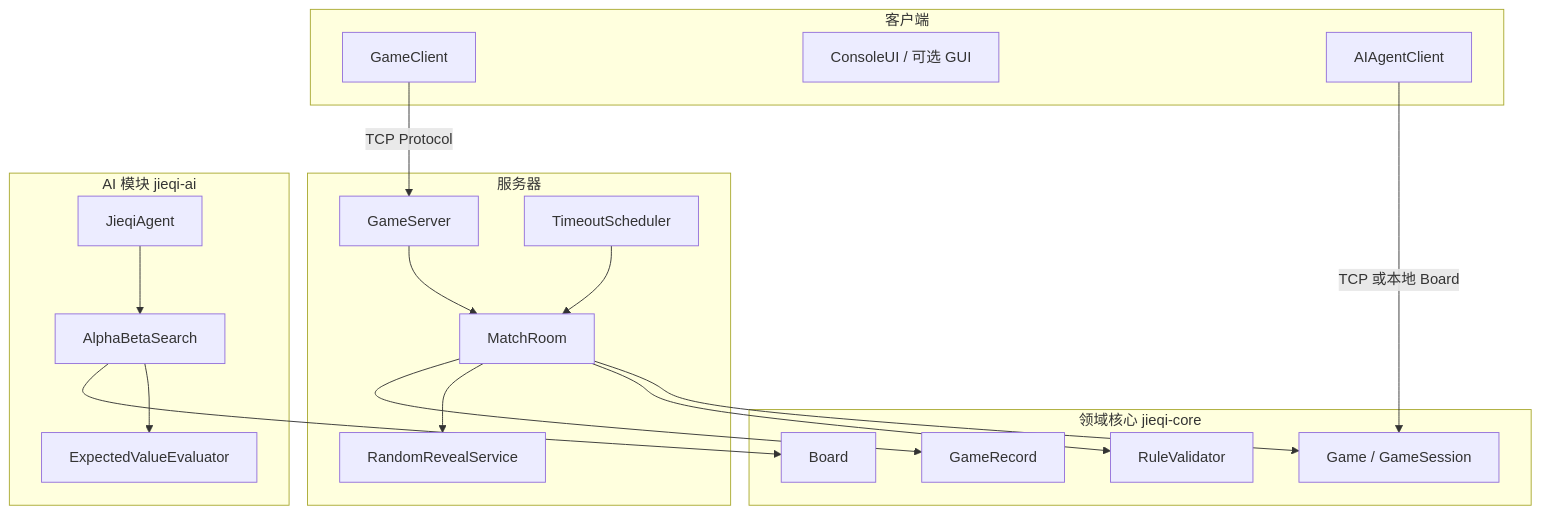
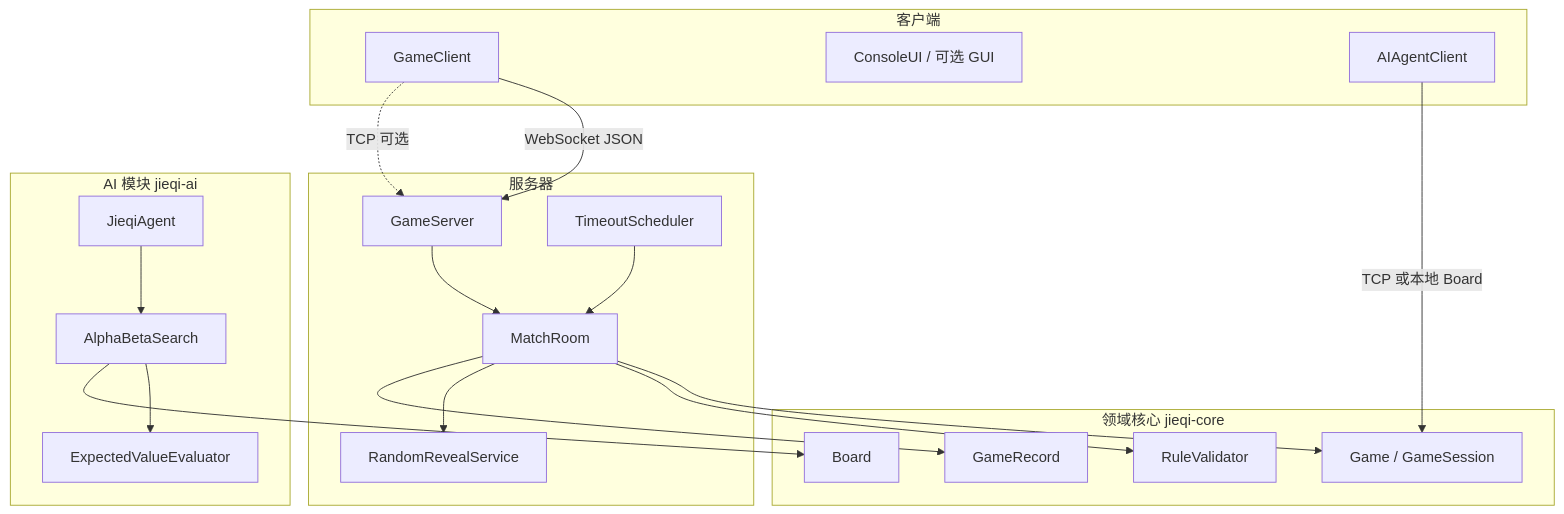
Before and after one commit to zhiduoming/Unveil: the diagram in docs/ARCHITECTURE.md, drawn with Mermaid. The commit also changed other lines of this file and 43 other files, not shown here.

Commit message:
docs: 对齐老师公共接口，WS+JSON 正文 v3.1，TCP 迁附录 B

````diff
--- a/docs/ARCHITECTURE.md
+++ b/docs/ARCHITECTURE.md
@@ -18,38 +18,39 @@
 ```mermaid
 flowchart TB
     subgraph clients [客户端]
         C1[GameClient]
         UI[ConsoleUI / 可选 GUI]
         AIc[AIAgentClient]
     end
 
     subgraph server [服务器]
         GS[GameServer]
         MR[MatchRoom]
         TS[TimeoutScheduler]
         RR[RandomRevealService]
     end
 
     subgraph core [领域核心 jieqi-core]
         G[Game / GameSession]
         B[Board]
         RV[RuleValidator]
         GR[GameRecord]
     end
 
     subgraph ai [AI 模块 jieqi-ai]
         AG[JieqiAgent]
         AB[AlphaBetaSearch]
         EV[ExpectedValueEvaluator]
     end
 
-    C1 -->|TCP Protocol| GS
+    C1 -->|WebSocket JSON| GS
+    C1 -.->|TCP 可选| GS
     AIc -->|TCP 或本地 Board| G
     GS --> MR --> G
     MR --> RV
     MR --> RR
     MR --> GR
     TS --> MR
     AG --> AB --> EV
     AB --> B
 ```
````
